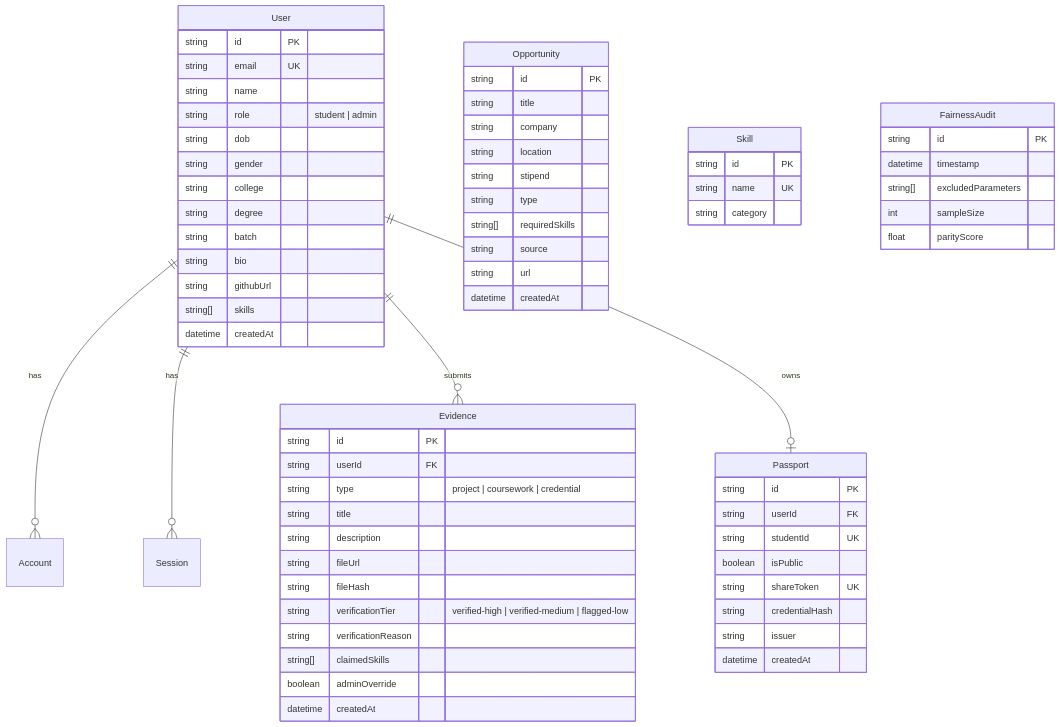
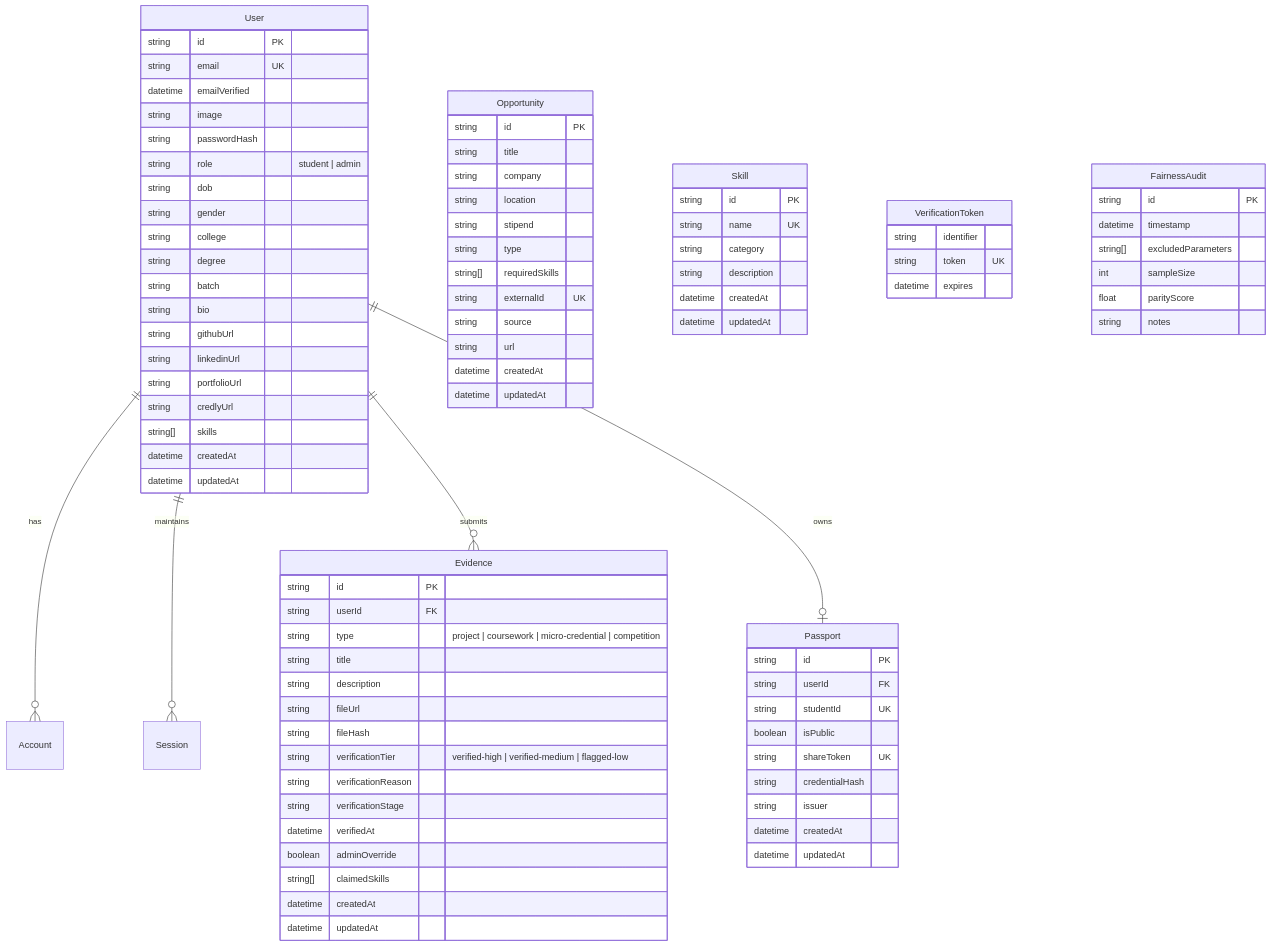
Before and after one commit to pratikranjan2212/skillsync: the diagram in docs/BUILD_LOG.md, drawn with Mermaid. The commit also changed other lines of this file and 20 other files, not shown here.

Commit message:
feat: implement multi-stage verification pipeline with Credly integration and Prisma seed orchestration.

````diff
--- a/docs/BUILD_LOG.md
+++ b/docs/BUILD_LOG.md
@@ -774,14 +611,16 @@
 ```mermaid
 erDiagram
     User ||--o{ Account : "has"
-    User ||--o{ Session : "has"
+    User ||--o{ Session : "maintains"
     User ||--o{ Evidence : "submits"
     User ||--o| Passport : "owns"
 
     User {
         string id PK
         string email UK
-        string name
+        datetime emailVerified
+        string image
+        string passwordHash
         string role "student | admin"
         string dob
         string gender
@@ -790,8 +629,12 @@
         string batch
         string bio
         string githubUrl
+        string linkedinUrl
+        string portfolioUrl
+        string credlyUrl
         string[] skills
         datetime createdAt
+        datetime updatedAt
     }
 
     Passport {
@@ -803,21 +646,25 @@
         string credentialHash
         string issuer
         datetime createdAt
+        datetime updatedAt
     }
 
     Evidence {
         string id PK
         string userId FK
-        string type "project | coursework | credential"
+        string type "project | coursework | micro-credential | competition"
         string title
         string description
         string fileUrl
         string fileHash
         string verificationTier "verified-high | verified-medium | flagged-low"
         string verificationReason
+        string verificationStage
+        datetime verifiedAt
+        boolean adminOverride
         string[] claimedSkills
-        boolean adminOverride
         datetime createdAt
+        datetime updatedAt
     }
 
     Opportunity {
@@ -828,15 +675,26 @@
         string stipend
         string type
         string[] requiredSkills
+        string externalId UK
         string source
         string url
         datetime createdAt
+        datetime updatedAt
     }
 
     Skill {
         string id PK
         string name UK
         string category
+        string description
+        datetime createdAt
+        datetime updatedAt
+    }
+
+    VerificationToken {
+        string identifier
+        string token UK
+        datetime expires
     }
 
     FairnessAudit {
@@ -845,5 +703,6 @@
         string[] excludedParameters
         int sampleSize
         float parityScore
+        string notes
     }
 ```
````
